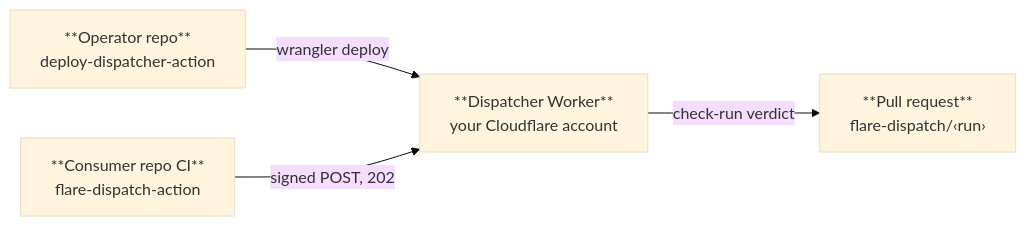
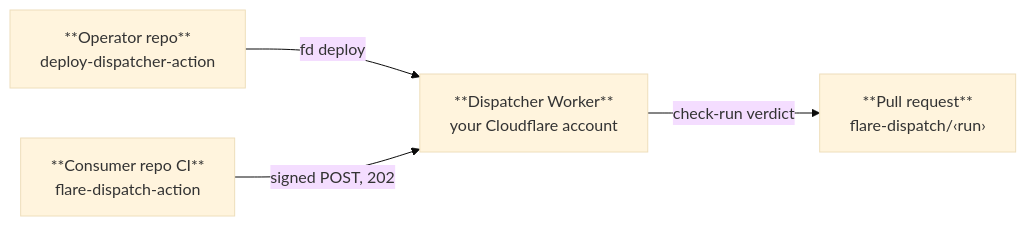
Before and after one commit to fractalboxdev/flare-dispatch: the diagram in actions/README.md, drawn with Mermaid (base theme). The commit also changed other lines of this file and 3 other files, not shown here.

First line of the commit message:
feat(deploy-action): run fd deploy with a values-only overlay

````diff
--- a/actions/README.md
+++ b/actions/README.md
@@ -16,8 +16,8 @@
 ```mermaid
 flowchart LR
     accTitle: Where each action sits
-    ops["**Operator repo**<br/>deploy-dispatcher-action"] -->|"wrangler deploy"| worker["**Dispatcher Worker**<br/>your Cloudflare account"]
+    ops["**Operator repo**<br/>deploy-dispatcher-action"] -->|"fd deploy"| worker["**Dispatcher Worker**<br/>your Cloudflare account"]
     ci["**Consumer repo CI**<br/>flare-dispatch-action"] -->|"signed POST, 202"| worker
     worker -->|"check-run verdict"| pr["**Pull request**<br/>flare-dispatch/‹run›"]
     class worker accent
 ```
````
